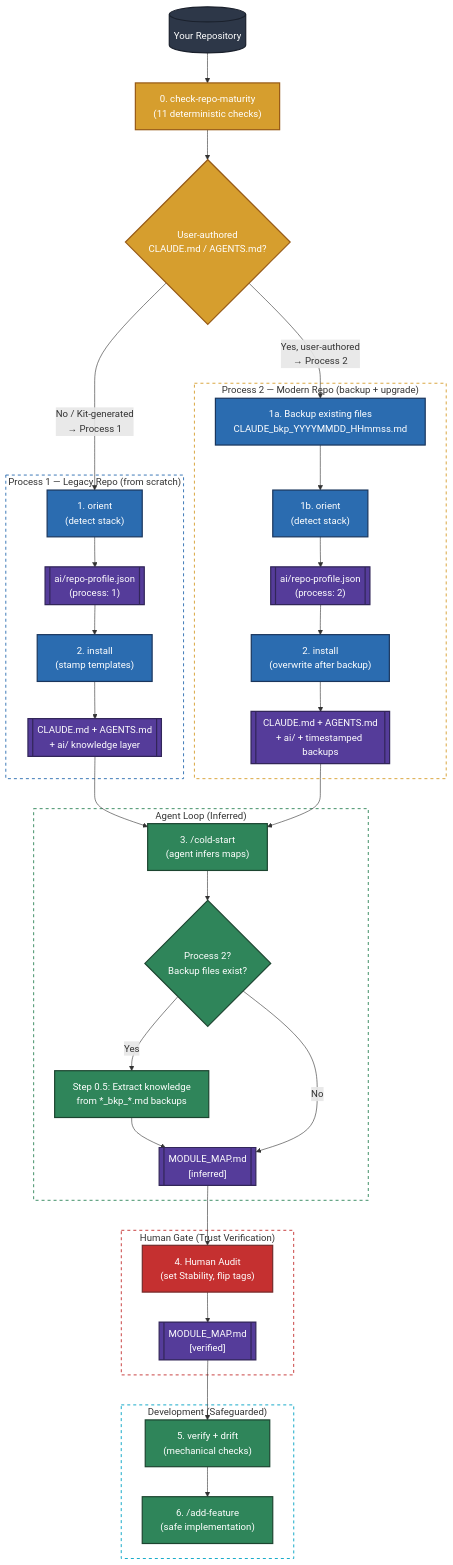
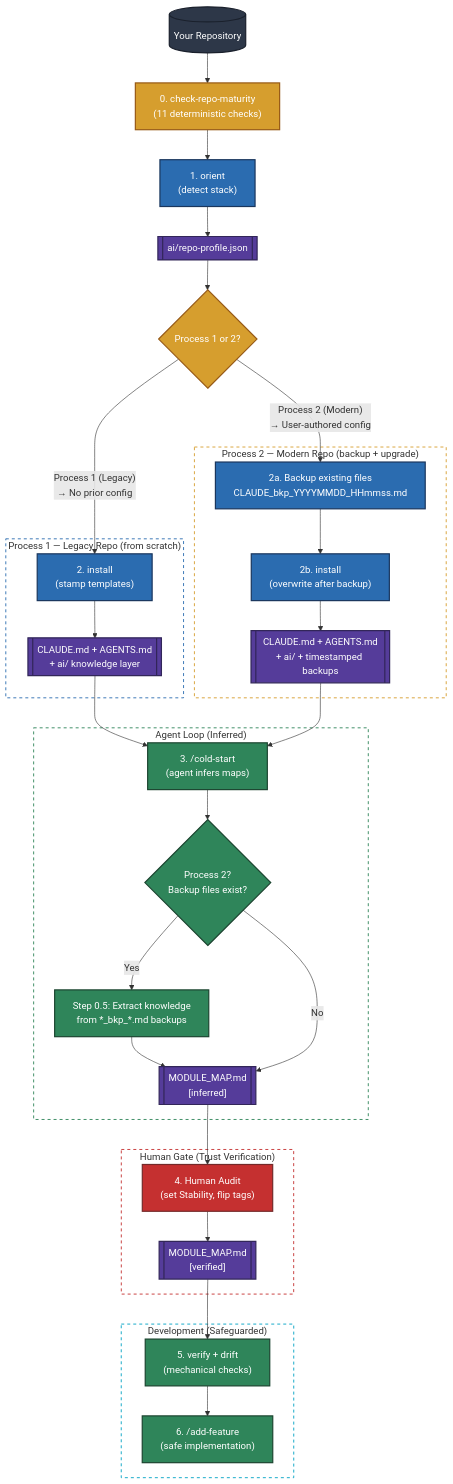
Before and after one commit to kunalsuri/ai-fication-kit: the diagram in README.md, drawn with Mermaid. The commit also changed 3 other files, not shown here.

````diff
--- a/README.md
+++ b/README.md
@@ -205,80 +205,74 @@
 ```mermaid
 flowchart TD
     %% ─── Entry ───
     Repo[("Your Repository")] --> Maturity["0. check-repo-maturity<br/>(11 deterministic checks)"]
-    Maturity --> Decision{"User-authored<br/>CLAUDE.md / AGENTS.md?"}
+    Maturity --> Orient["1. orient<br/>(detect stack)"]
+    Orient --> Profile[["ai/repo-profile.json"]]
+    Profile --> Decision{"Process 1 or 2?"}
 
     %% ─── Process 1: Legacy ───
-    Decision -- "No / Kit-generated<br/>→ Process 1" --> Orient1["1. orient<br/>(detect stack)"]
-    Orient1 --> Profile1[["ai/repo-profile.json<br/>(process: 1)"]]
-    Profile1 --> Install1["2. install<br/>(stamp templates)"]
+    Decision -- "Process 1 (Legacy)<br/>→ No prior config" --> Install1["2. install<br/>(stamp templates)"]
     Install1 --> Scaffolded1[["CLAUDE.md + AGENTS.md<br/>+ ai/ knowledge layer"]]
 
     subgraph P1["Process 1 — Legacy Repo (from scratch)"]
-        Orient1
-        Profile1
         Install1
         Scaffolded1
     end
 
     %% ─── Process 2: Modern ───
-    Decision -- "Yes, user-authored<br/>→ Process 2" --> Backup["1a. Backup existing files<br/>CLAUDE_bkp_YYYYMMDD_HHmmss.md"]
-    Backup --> Orient2["1b. orient<br/>(detect stack)"]
-    Orient2 --> Profile2[["ai/repo-profile.json<br/>(process: 2)"]]
-    Profile2 --> Install2["2. install<br/>(overwrite after backup)"]
+    Decision -- "Process 2 (Modern)<br/>→ User-authored config" --> Backup["2a. Backup existing files<br/>CLAUDE_bkp_YYYYMMDD_HHmmss.md"]
+    Backup --> Install2["2b. install<br/>(overwrite after backup)"]
     Install2 --> Scaffolded2[["CLAUDE.md + AGENTS.md<br/>+ ai/ + timestamped backups"]]
 
     subgraph P2["Process 2 — Modern Repo (backup + upgrade)"]
         Backup
-        Orient2
-        Profile2
         Install2
         Scaffolded2
     end
 
     %% ─── Shared: Cold-Start ───
     Scaffolded1 --> ColdStart
     Scaffolded2 --> ColdStart
 
     subgraph AgentLoop["Agent Loop (Inferred)"]
         ColdStart["3. /cold-start<br/>(agent infers maps)"]
         Step05{"Process 2?<br/>Backup files exist?"}
         ColdStart --> Step05
         Step05 -- "Yes" --> Extract["Step 0.5: Extract knowledge<br/>from *_bkp_*.md backups"]
         Extract --> InferredMap
         Step05 -- "No" --> InferredMap[["MODULE_MAP.md<br/>[inferred]"]]
     end
 
     %% ─── Shared: Human Gate ───
     subgraph HumanGate["Human Gate (Trust Verification)"]
         InferredMap --> Audit["4. Human Audit<br/>(set Stability, flip tags)"]
         Audit --> VerifiedMap[["MODULE_MAP.md<br/>[verified]"]]
     end
 
     %% ─── Shared: Dev Loop ───
     subgraph DevLoop["Development (Safeguarded)"]
         VerifiedMap --> Verify["5. verify + drift<br/>(mechanical checks)"]
         Verify --> AddFeature["6. /add-feature<br/>(safe implementation)"]
     end
 
     %% ─── Styling ───
     class Repo repo;
     class Maturity,Decision gate;
-    class Orient1,Install1,Backup,Orient2,Install2 setup;
-    class Profile1,Scaffolded1,Profile2,Scaffolded2,InferredMap,VerifiedMap files;
+    class Orient,Install1,Backup,Install2 setup;
+    class Profile,Scaffolded1,Scaffolded2,InferredMap,VerifiedMap files;
     class ColdStart,Step05,Extract,Verify,AddFeature agent;
     class Audit human;
 
     classDef repo fill:#2d3748,stroke:#1a202c,stroke-width:2px,color:#fff;
     classDef gate fill:#d69e2e,stroke:#975a16,stroke-width:2px,color:#fff;
     classDef setup fill:#2b6cb0,stroke:#1a365d,stroke-width:2px,color:#fff;
     classDef files fill:#553c9a,stroke:#322659,stroke-width:2px,color:#fff;
     classDef agent fill:#2f855a,stroke:#1c4530,stroke-width:2px,color:#fff;
     classDef human fill:#c53030,stroke:#742a2a,stroke-width:2px,color:#fff;
 
     style P1 fill:none,stroke:#2b6cb0,stroke-width:1.5px,stroke-dasharray: 5 5;
     style P2 fill:none,stroke:#d69e2e,stroke-width:1.5px,stroke-dasharray: 5 5;
     style AgentLoop fill:none,stroke:#2f855a,stroke-width:1.5px,stroke-dasharray: 5 5;
     style HumanGate fill:none,stroke:#c53030,stroke-width:1.5px,stroke-dasharray: 5 5;
     style DevLoop fill:none,stroke:#00a3c4,stroke-width:1.5px,stroke-dasharray: 5 5;
 ```
````
